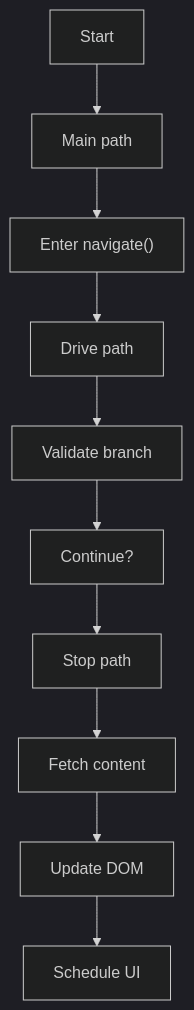
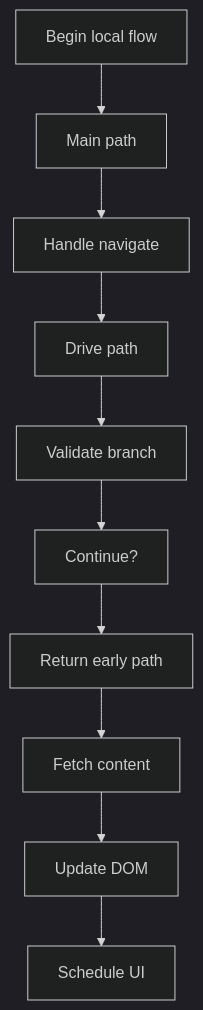
The first of 5 diagrams in docs/Codebase/Frontend/scripts/router.js.md (JohnAndrewBalbarosa/NeoTerritory), drawn with Mermaid (dark theme) before and after one commit. The commit also changed other lines of this file and 915 other files, not shown here.

````diff
--- a/docs/Codebase/Frontend/scripts/router.js.md
+++ b/docs/Codebase/Frontend/scripts/router.js.md
@@ -25,22 +24,22 @@
 ```mermaid
 flowchart TD
-    N0["Start"]
+    N0["Begin local flow"]
     N1["Main path"]
-    N2["Enter navigate()"]
+    N2["Handle navigate"]
     N3["Drive path"]
     N4["Validate branch"]
     N5["Continue?"]
-    N6["Stop path"]
+    N6["Return early path"]
     N7["Fetch content"]
     N8["Update DOM"]
     N9["Schedule UI"]
     N0 --> N1
     N1 --> N2
     N2 --> N3
     N3 --> N4
     N4 --> N5
     N5 --> N6
     N6 --> N7
     N7 --> N8
     N8 --> N9
 ```
````
